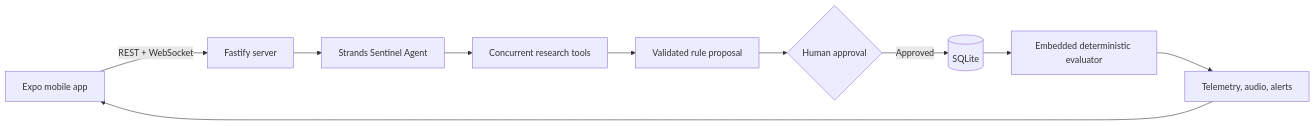
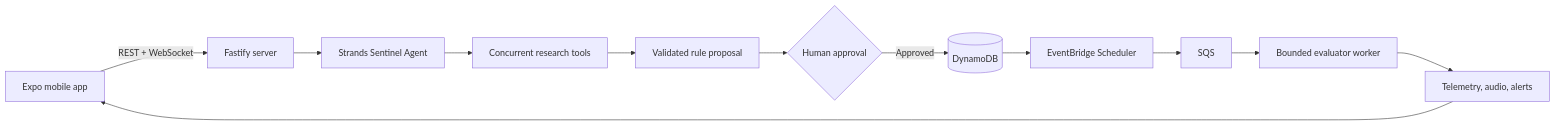
Before and after one commit to Avijeet-Blocsol/Sentinel: the diagram in README.md, drawn with Mermaid. The commit also changed other lines of this file and 167 other files, not shown here.

````diff
--- a/README.md
+++ b/README.md
@@ -52,12 +52,14 @@
 ```mermaid
 flowchart LR
     User[Expo mobile app] -->|REST + WebSocket| API[Fastify server]
     API --> Agent[Strands Sentinel Agent]
     Agent --> Tools[Concurrent research tools]
     Tools --> Proposal[Validated rule proposal]
     Proposal --> Approval{Human approval}
-    Approval -->|Approved| Store[(SQLite)]
-    Store --> Evaluator[Embedded deterministic evaluator]
+    Approval -->|Approved| Store[(DynamoDB)]
+    Store --> Scheduler[EventBridge Scheduler]
+    Scheduler --> Queue[SQS]
+    Queue --> Evaluator[Bounded evaluator worker]
     Evaluator --> Alerts[Telemetry, audio, alerts]
     Alerts --> User
 ```
````
